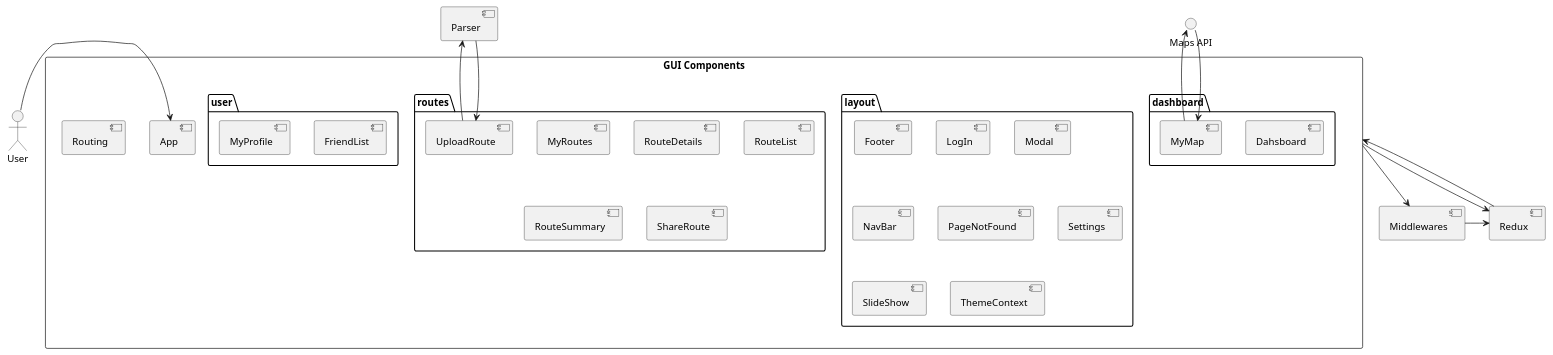
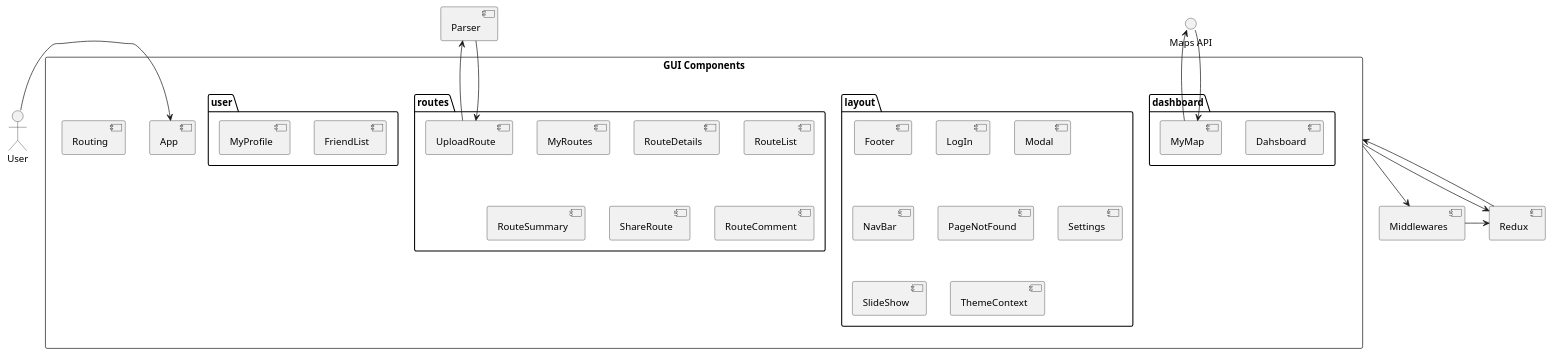
The diagram in src/docs/diagrams/05-04_whiteboxReact.puml (Arquisoft/viade_en1b), drawn with PlantUML before and after one commit. The commit also changed 2 other files, not shown here.

```diff
--- a/src/docs/diagrams/05-04_whiteboxReact.puml
+++ b/src/docs/diagrams/05-04_whiteboxReact.puml
@@ -1,56 +1,57 @@
 @startuml
 
 rectangle "GUI Components" as react {
     folder "dashboard" as dashboard {
         [Dahsboard] as das
         [MyMap] as map
     }
     folder "layout" as layout {
         [Footer] as footer
         [LogIn] as login 
         [Modal] as modal
         [NavBar] as navbar
         [PageNotFound] as pnf 
         [Settings] as settings
         [SlideShow] as ss
         [ThemeContext] as tc 
     }
     folder "routes" as routes {
         [MyRoutes] as mr 
         [RouteDetails] as rd 
         [RouteList] as rl 
         [RouteSummary] as rs 
         [ShareRoute] as sr 
         [UploadRoute] as ur 
+        [RouteComment] as rc
     }
     folder "user" as user {
         [FriendList] as fl 
         [MyProfile] as mp 
     }
     [Routing] as routing
     [App] as app
 }
 
 [Redux] as redux
 [Parser] as parser
 [Middlewares] as middlewares
 () "Maps API" as imaps
 
 :User: -right-> app
 ur --> parser
 parser --> ur
 map --> imaps
 imaps --> map
 react -down-> redux
 redux -up-> react
 react -down-> middlewares
 middlewares -right-> redux
 
 
 
 
 
 
 
 
 @enduml
```
